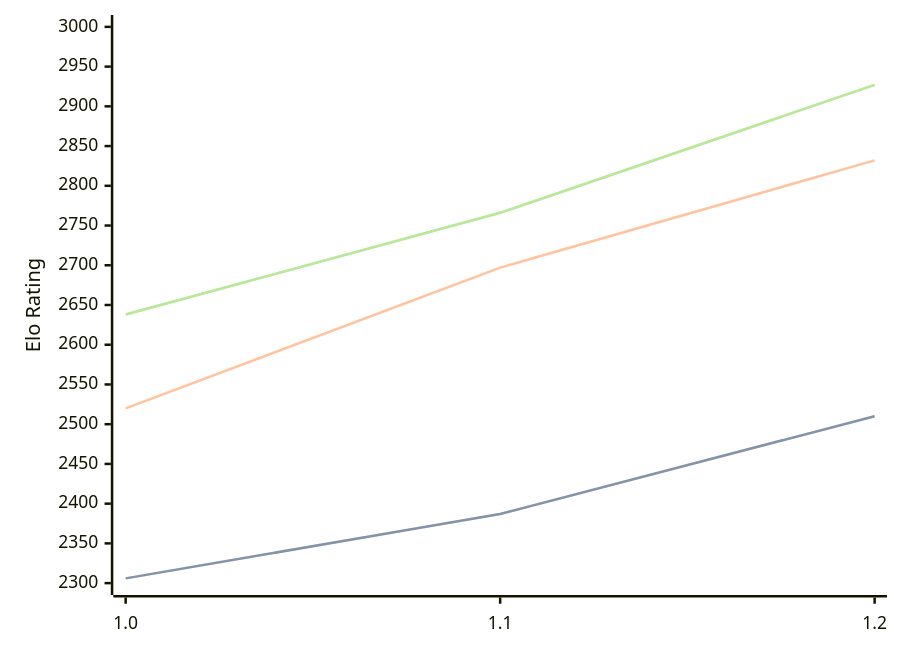
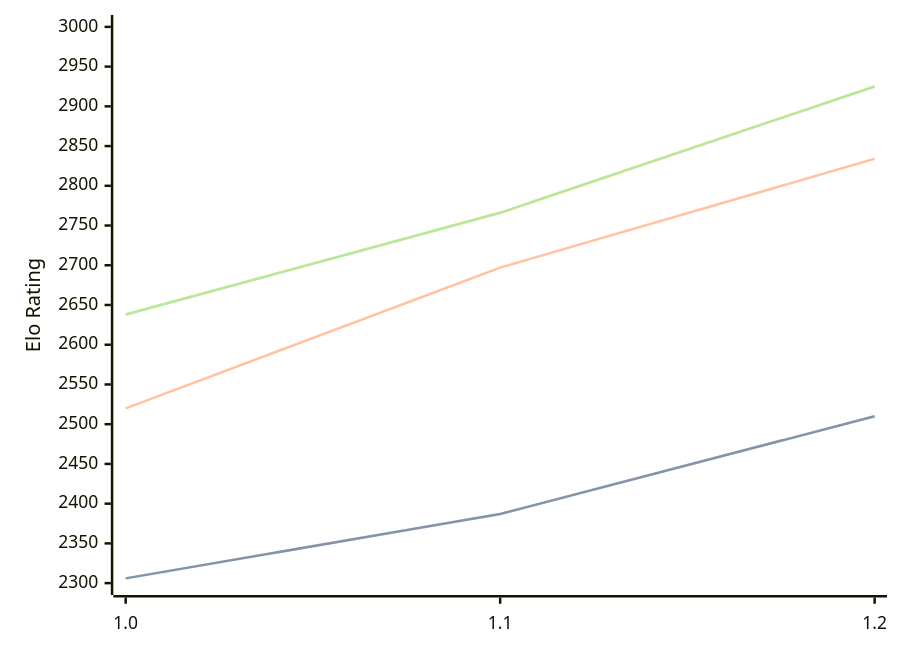
One commit to computer-chess-index/cci changed the diagram in engines/FoxChess.md. Above: the diagram before and after it, drawn with Mermaid. The commit also changed other lines of this file, not shown here.

Commit message:
Update CCI Ratings (ELO VLTC) - 2026-08-16

````diff
--- a/engines/FoxChess.md
+++ b/engines/FoxChess.md
@@ -33,11 +33,11 @@
 ```mermaid
 %%{init: {"theme":"base","themeVariables":{"seriesColors:['#a3a3a3','#222221','#faa371']}}}%%
 xychart-beta
   x-axis ["1.0", "1.1", "1.2"]
   y-axis "Elo Rating" 2300 --> 3000
   line "STC (8.0+0.08s)" [2306, 2387, 2510]
   line "STC (8.0+0.08s)" [2306, 2387, 2510]
-  line "LTC (60.0+0.60s)" [2520, 2697, 2832]
-  line "VLTC (2m24s+1.12s)" [2638, 2766, 2927]
-  line "VLTC (2m24s+1.12s)" [2638, 2766, 2927]
+  line "LTC (60.0+0.60s)" [2520, 2697, 2834]
+  line "VLTC (2m24s+1.12s)" [2638, 2766, 2925]
+  line "VLTC (2m24s+1.12s)" [2638, 2766, 2925]
 ```
````
